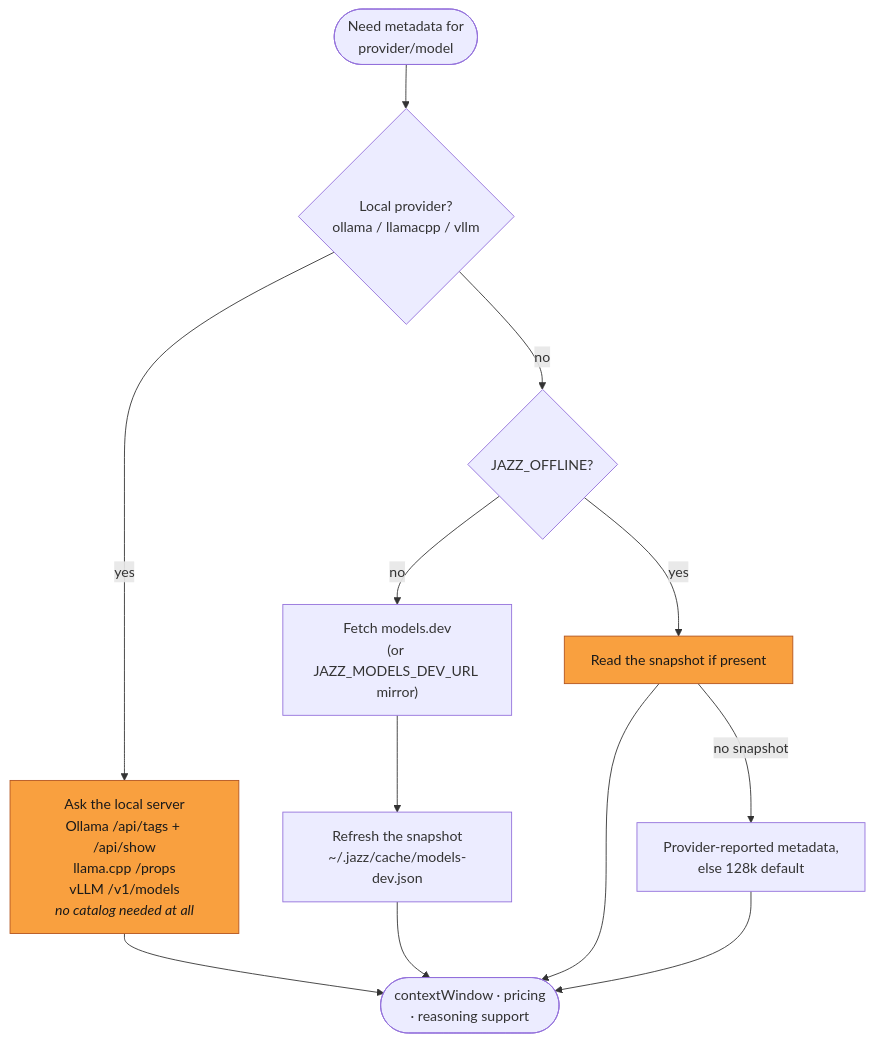
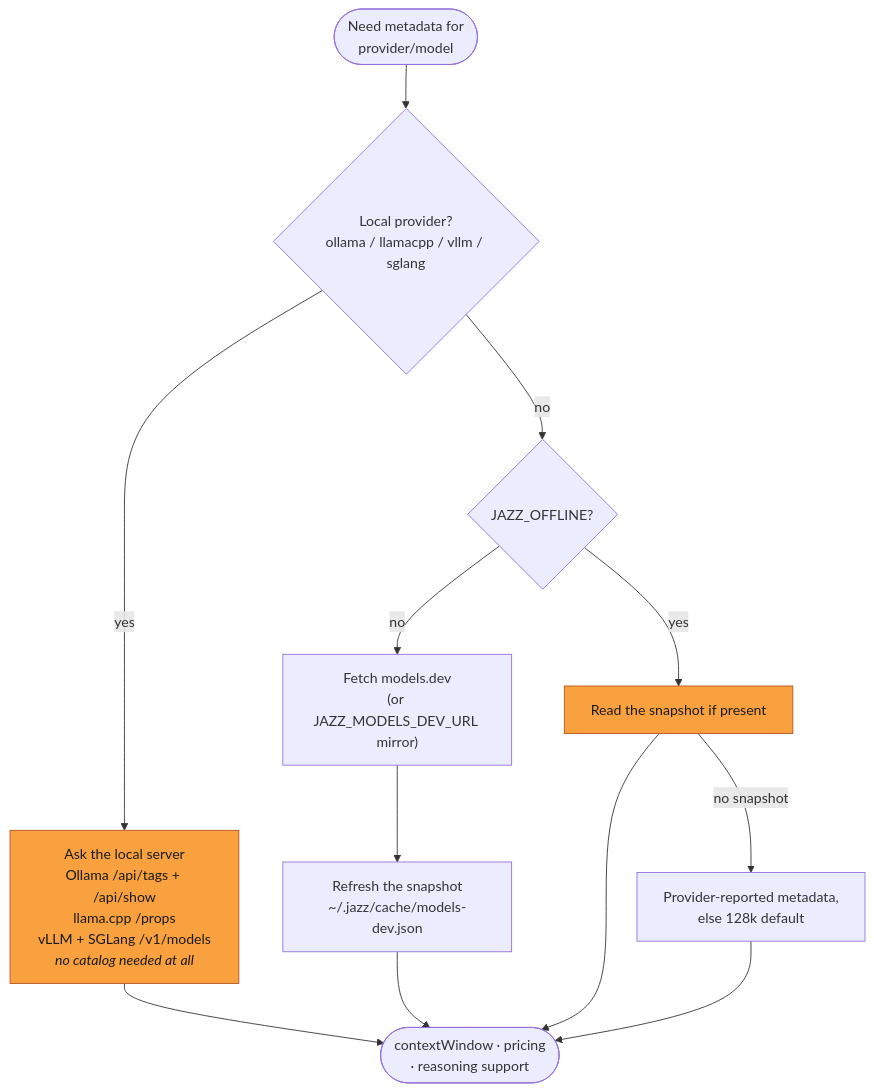
Before and after one commit to lvndry/jazz: the second of 3 diagrams in docs/maintainers/add-a-provider.md, drawn with Mermaid. The commit also changed other lines of this file and 52 other files, not shown here.

First line of the commit message:
feat(llm): add sglang provider (#659)

````diff
--- a/docs/maintainers/add-a-provider.md
+++ b/docs/maintainers/add-a-provider.md
@@ -72,21 +73,21 @@
 ```mermaid
 flowchart TD
-    NEED(["Need metadata for<br/>provider/model"]) --> LOCAL{"Local provider?<br/>ollama / llamacpp / vllm"}
+    NEED(["Need metadata for<br/>provider/model"]) --> LOCAL{"Local provider?<br/>ollama / llamacpp / vllm / sglang"}
 
-    LOCAL -->|yes| ASK["Ask the local server<br/>Ollama /api/tags + /api/show<br/>llama.cpp /props<br/>vLLM /v1/models<br/><i>no catalog needed at all</i>"]
+    LOCAL -->|yes| ASK["Ask the local server<br/>Ollama /api/tags + /api/show<br/>llama.cpp /props<br/>vLLM + SGLang /v1/models<br/><i>no catalog needed at all</i>"]
     LOCAL -->|no| OFF{"JAZZ_OFFLINE?"}
 
     OFF -->|no| FETCH["Fetch models.dev<br/>(or JAZZ_MODELS_DEV_URL mirror)"]
     FETCH --> SNAP["Refresh the snapshot<br/>~/.jazz/cache/models-dev.json"]
     OFF -->|yes| READ["Read the snapshot if present"]
 
     SNAP --> USE
     READ --> USE
     ASK --> USE
     READ -->|"no snapshot"| FALL["Provider-reported metadata,<br/>else 128k default"]
     FALL --> USE
     USE(["contextWindow · pricing<br/>· reasoning support"])
 
     classDef local fill:#f9a03f,stroke:#b3541e,color:#1a1a1a
     class ASK,READ local
 ```
````
